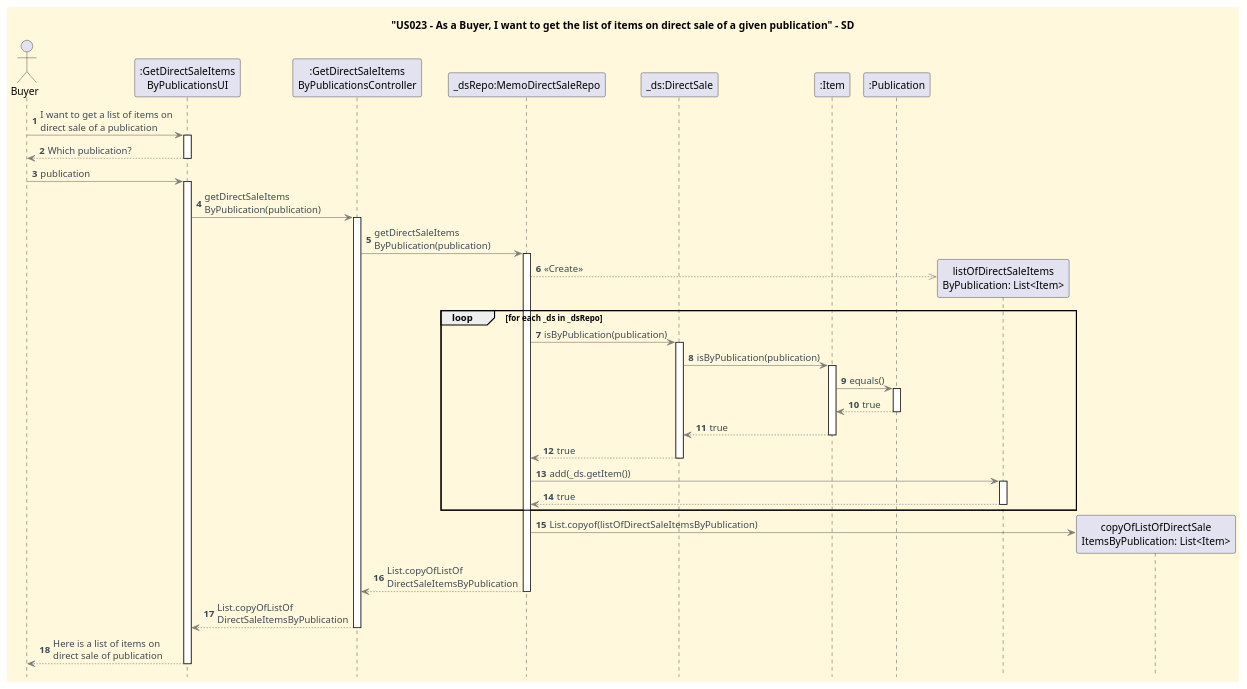
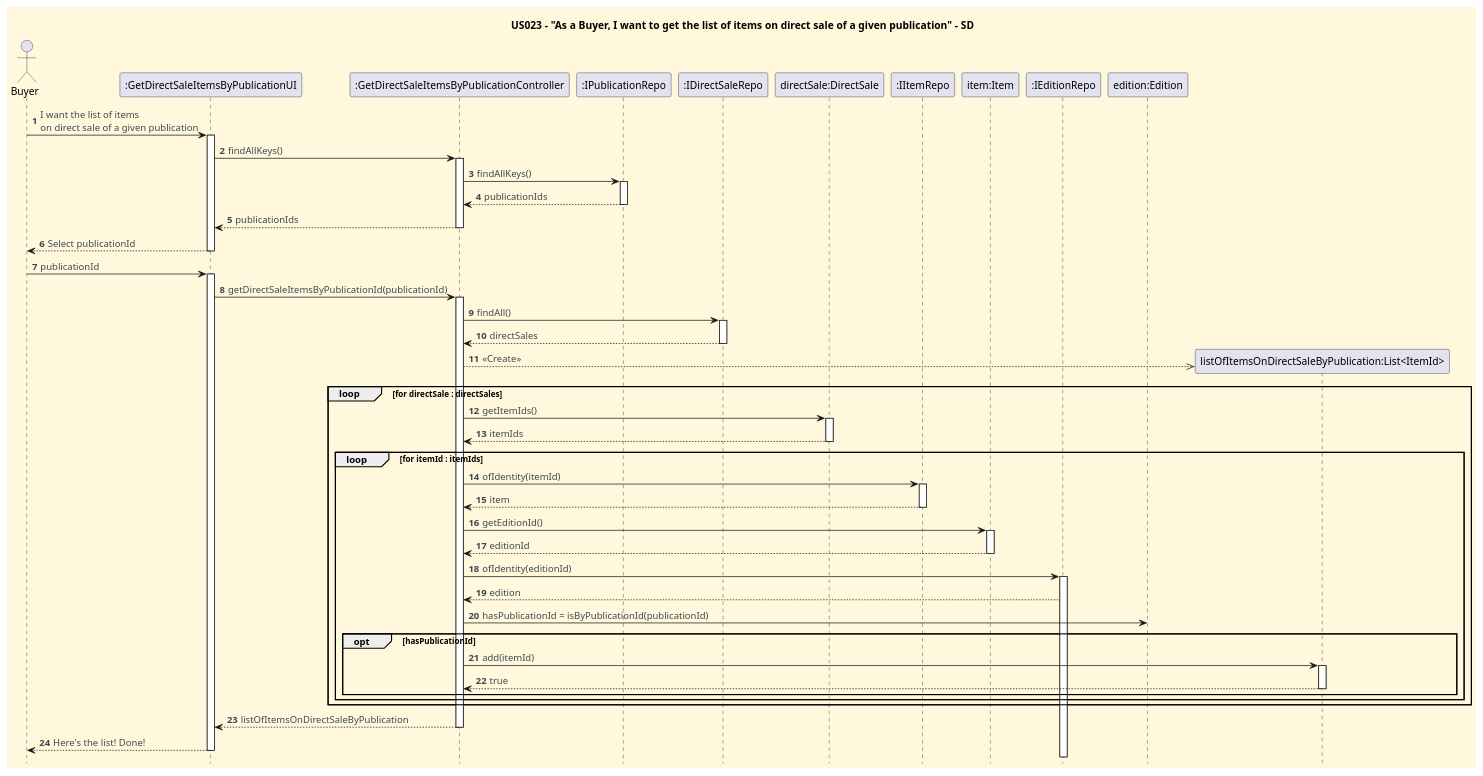
One commit to CarolinaLeite-collab/JavaMarketplacePlatform changed the diagram in docs/user-stories/US023/US023_get_list_items_directSale_given_publication_SD.puml. Above: the diagram before and after it, drawn with PlantUML. The commit also changed 2 other files, not shown here.

Commit message:
docs: updates SSD, SD and CD concerning GetDirectSaleItemsByPublicationsController according to DDD, refs #571

```diff
--- a/docs/user-stories/US023/US023_get_list_items_directSale_given_publication_SD.puml
+++ b/docs/user-stories/US023/US023_get_list_items_directSale_given_publication_SD.puml
@@ -1,73 +1,96 @@
 @startuml
-title "US023 - As a Buyer, I want to get the list of items on direct sale of a given publication" - SD
+title US023 – "As a Buyer, I want to get the list of items on direct sale of a given publication" - SD
 hidefootbox
 
-'==== basic style ====
-skinparam monochrome false
 skinparam shadowing false
 skinparam defaultFontName Futura
 skinparam objectFontSize 20
 skinparam backgroundColor CornSilk
 skinparam objectBackgroundColor WhiteSmoke
-skinparam noteBackgroundColor #FFFFE0
 skinparam ArrowFontColor #3B4953
-skinparam ArrowColor #57595BAA
-skinparam ActivationBackgroundColor WhiteSmoke
-
 
 autonumber
 autoactivate off
 
-' --- Actor and participants ---
 actor Buyer
-participant ":GetDirectSaleItems\nByPublicationsUI" as UI
-participant ":GetDirectSaleItems\nByPublicationsController" as Ctl
-participant "_dsRepo:MemoDirectSaleRepo" as dsr
-participant "_ds:DirectSale" as ds
-participant ":Item" as item
-participant ":Publication" as pub
+participant ":GetDirectSaleItemsByPublicationUI" as UI
+participant ":GetDirectSaleItemsByPublicationController" as CTL
+participant ":IPublicationRepo" as PR
+participant ":IDirectSaleRepo" as DSR
+participant "directSale:DirectSale" as DirectSale
+participant ":IItemRepo" as IR
+participant "item:Item" as Item
+participant ":IEditionRepo" as ER
+participant "edition:Edition" as Edition
 
-Buyer -> UI: I want to get a list of items on \ndirect sale of a publication
+
+Buyer -> UI: I want the list of items \non direct sale of a given publication
 activate UI
-UI --> Buyer: Which publication?
+UI -> CTL : findAllKeys()
+activate CTL
+CTL -> PR : findAllKeys()
+activate PR
+
+PR --> CTL : publicationIds
+deactivate PR
+
+CTL --> UI : publicationIds
+deactivate CTL
+UI --> Buyer: Select publicationId
+deactivate UI
+Buyer -> UI: publicationId
+activate UI
+
+
+UI -> CTL: getDirectSaleItemsByPublicationId(publicationId)
+activate CTL
+
+CTL -> DSR: findAll()
+activate DSR
+
+DSR --> CTL: directSales
+deactivate DSR
+
+create "listOfItemsOnDirectSaleByPublication:List<ItemId>"
+CTL -->> "listOfItemsOnDirectSaleByPublication:List<ItemId>" : <<Create>>
+
+loop for directSale : directSales
+CTL -> DirectSale : getItemIds()
+activate DirectSale
+DirectSale --> CTL : itemIds
+deactivate DirectSale
+
+loop for itemId : itemIds
+CTL -> IR : ofIdentity(itemId)
+activate IR
+IR --> CTL : item
+deactivate IR
+CTL -> Item : getEditionId()
+activate Item
+Item --> CTL : editionId
+deactivate Item
+
+CTL -> ER : ofIdentity(editionId)
+activate ER
+ER --> CTL : edition
+
+
+CTL -> Edition : hasPublicationId = isByPublicationId(publicationId)
+
+opt hasPublicationId
+CTL -> "listOfItemsOnDirectSaleByPublication:List<ItemId>" : add(itemId)
+activate "listOfItemsOnDirectSaleByPublication:List<ItemId>"
+"listOfItemsOnDirectSaleByPublication:List<ItemId>" --> CTL : true
+deactivate "listOfItemsOnDirectSaleByPublication:List<ItemId>"
+end
+end
+end
+
+
+CTL --> UI: listOfItemsOnDirectSaleByPublication
+deactivate CTL
+
+UI --> Buyer: Here's the list! Done!
 deactivate UI
 
-'publication object
-Buyer -> UI: publication
-activate UI
-UI -> Ctl: getDirectSaleItems\nByPublication(publication)
-activate Ctl
-Ctl -> dsr: getDirectSaleItems\nByPublication(publication)
-activate dsr
-create "listOfDirectSaleItems\nByPublication: List<Item>" as list
-
-dsr -->> list: <<Create>>
-loop for each _ds in _dsRepo
-        dsr -> ds: isByPublication(publication)
-        activate ds
-        ds -> item: isByPublication(publication)
-        activate item
-        item -> pub: equals()
-        activate pub
-        pub --> item: true
-        deactivate pub
-        item --> ds: true
-        deactivate item
-        ds --> dsr: true
-        deactivate ds
-        dsr -> list: add(_ds.getItem())
-        activate list
-        list --> dsr: true
-        deactivate list
-
-end
-
-create "copyOfListOfDirectSale\nItemsByPublication: List<Item>" as copy
-dsr -> copy: List.copyof(listOfDirectSaleItemsByPublication)
-dsr --> Ctl: List.copyOfListOf\nDirectSaleItemsByPublication
-deactivate dsr
-Ctl --> UI: List.copyOfListOf\nDirectSaleItemsByPublication
-deactivate Ctl
-UI --> Buyer: Here is a list of items on \ndirect sale of publication
-deactivate UI
 @enduml
```
